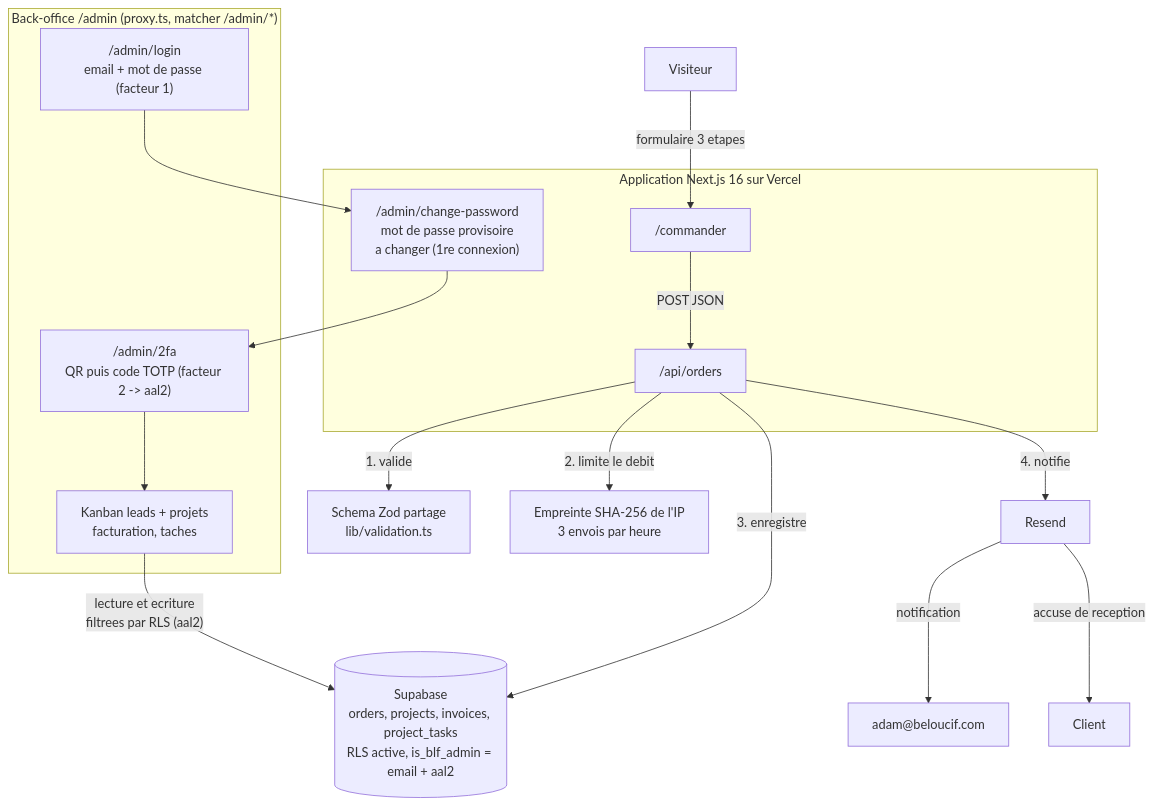
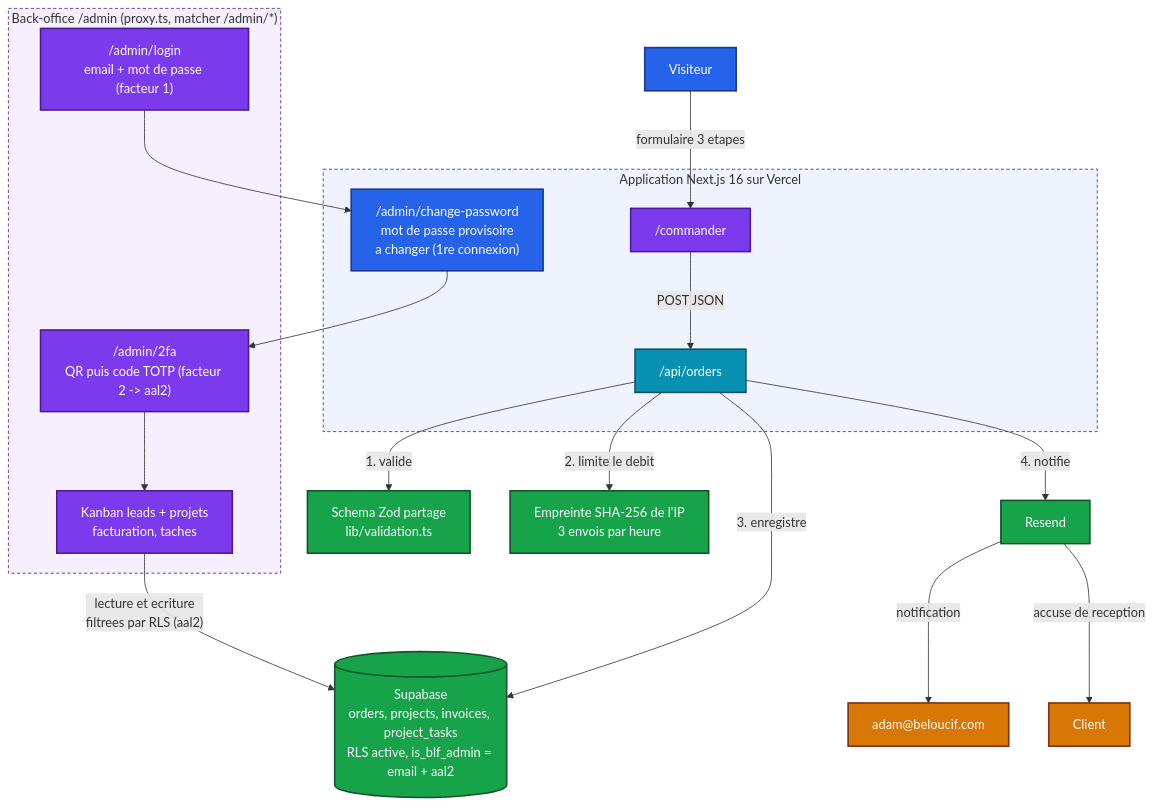
Before and after one commit to Adam-Blf/blf-labs-site: the first of 2 diagrams in README.md, drawn with Mermaid. The commit also changed other lines of this file, not shown here.

Commit message:
docs: add colors to mermaid diagrams (#79)
Each node gets a palette class (by subgraph or by flow depth), subgraphs are tinted, non-flowchart diagrams use a colored base theme. Validated by rendering every diagram before and after.

````diff
--- a/README.md
+++ b/README.md
@@ -32,29 +32,42 @@
 ```mermaid
 flowchart TD
     V["Visiteur"] -->|"formulaire 3 etapes"| F["/commander"]
     F -->|"POST JSON"| API["/api/orders"]
 
     subgraph Next["Application Next.js 16 sur Vercel"]
         F
         API
         P["Pages statiques<br/>accueil, offres, references, legal"]
     end
 
     API -->|"1. valide"| Z["Schema Zod partage<br/>lib/validation.ts"]
     API -->|"2. limite le debit"| H["Empreinte SHA-256 de l'IP<br/>3 envois par heure"]
     API -->|"3. enregistre"| DB[("Supabase<br/>orders, projects, invoices, project_tasks<br/>RLS active, is_blf_admin = email + aal2")]
     API -->|"4. notifie"| R["Resend"]
 
     R -->|"notification"| A["adam@beloucif.com"]
     R -->|"accuse de reception"| C["Client"]
 
     subgraph Admin["Back-office /admin (proxy.ts, matcher /admin/*)"]
         L["/admin/login<br/>email + mot de passe (facteur 1)"]
         P["/admin/change-password<br/>mot de passe provisoire<br/>a changer (1re connexion)"]
         T["/admin/2fa<br/>QR puis code TOTP (facteur 2 -> aal2)"]
         K["Kanban leads + projets<br/>facturation, taches"]
         L --> P --> T --> K
     end
 
     K -->|"lecture et ecriture<br/>filtrees par RLS (aal2)"| DB
+
+    classDef c0 fill:#2563eb,stroke:#1e3a8a,stroke-width:2px,color:#ffffff
+    classDef c1 fill:#7c3aed,stroke:#4c1d95,stroke-width:2px,color:#ffffff
+    classDef c2 fill:#0891b2,stroke:#164e63,stroke-width:2px,color:#ffffff
+    classDef c3 fill:#16a34a,stroke:#14532d,stroke-width:2px,color:#ffffff
+    classDef c4 fill:#d97706,stroke:#78350f,stroke-width:2px,color:#ffffff
+    class V,P c0
+    class F,L,T,K c1
+    class API c2
+    class Z,H,DB,R c3
+    class A,C c4
+    style Next fill:#2563eb14,stroke:#1e3a8a,stroke-width:1px,stroke-dasharray:4 3
+    style Admin fill:#7c3aed14,stroke:#4c1d95,stroke-width:1px,stroke-dasharray:4 3
 ```
````
